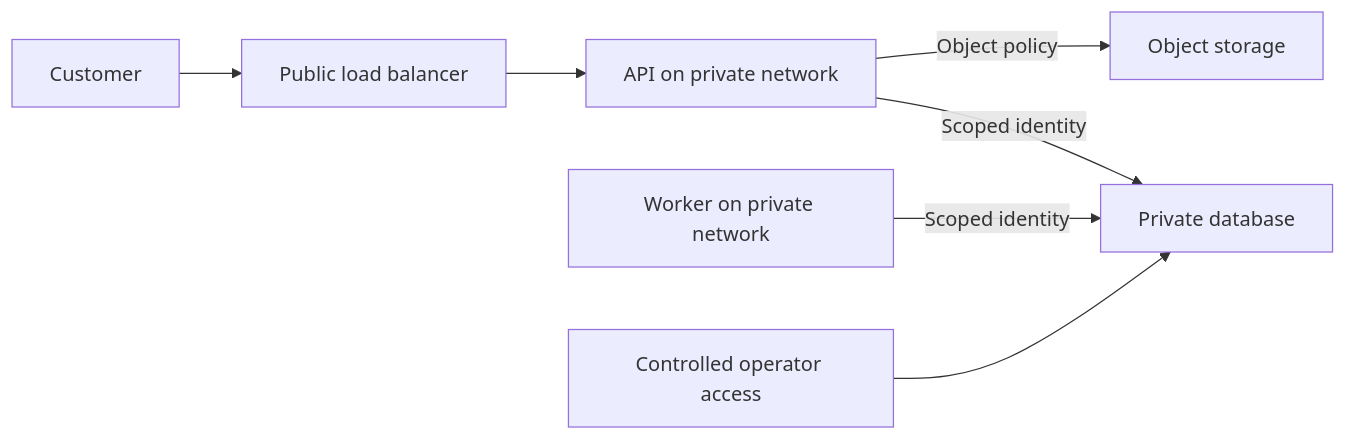
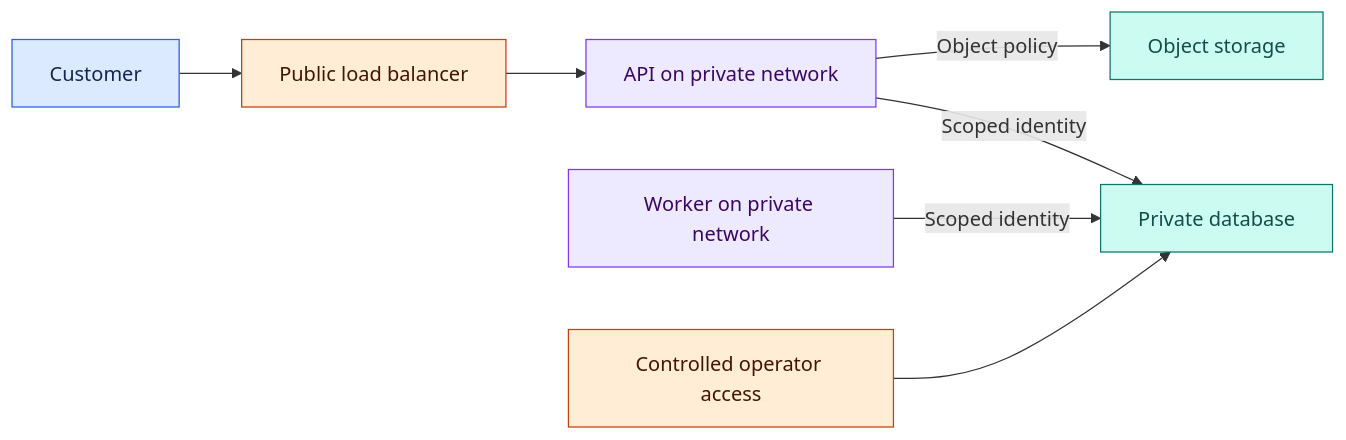
One commit to Shaktiprasadram22/system-design-26-week-roadmap changed the first of 4 diagrams in chapters/04-cloud-and-infrastructure.md. Above: the diagram before and after it, drawn with Mermaid. The commit also changed other lines of this file and 21 other files, not shown here.

````diff
--- a/chapters/04-cloud-and-infrastructure.md
+++ b/chapters/04-cloud-and-infrastructure.md
@@ -40,9 +44,18 @@
 ```mermaid
 flowchart LR
     A[Customer] --> B[Public load balancer]
     B --> C[API on private network]
     C -->|Scoped identity| D[Private database]
     C -->|Object policy| E[Object storage]
     F[Worker on private network] -->|Scoped identity| D
     G[Controlled operator access] --> D
+
+    classDef input fill:#dbeafe,stroke:#2563eb,color:#172554;
+    classDef service fill:#ede9fe,stroke:#7c3aed,color:#3b0764;
+    classDef data fill:#ccfbf1,stroke:#0f766e,color:#134e4a;
+    classDef edge fill:#ffedd5,stroke:#c2410c,color:#431407;
+    class A input;
+    class B,G edge;
+    class C,F service;
+    class D,E data;
 ```
````
